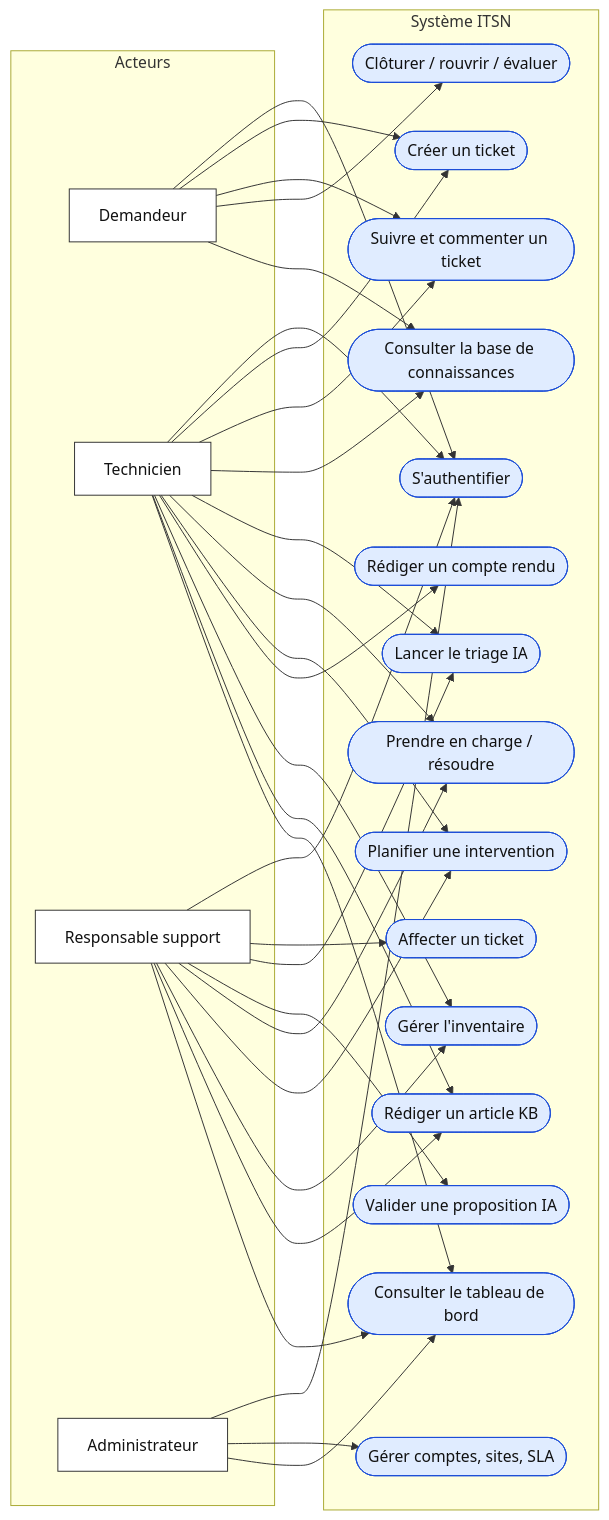
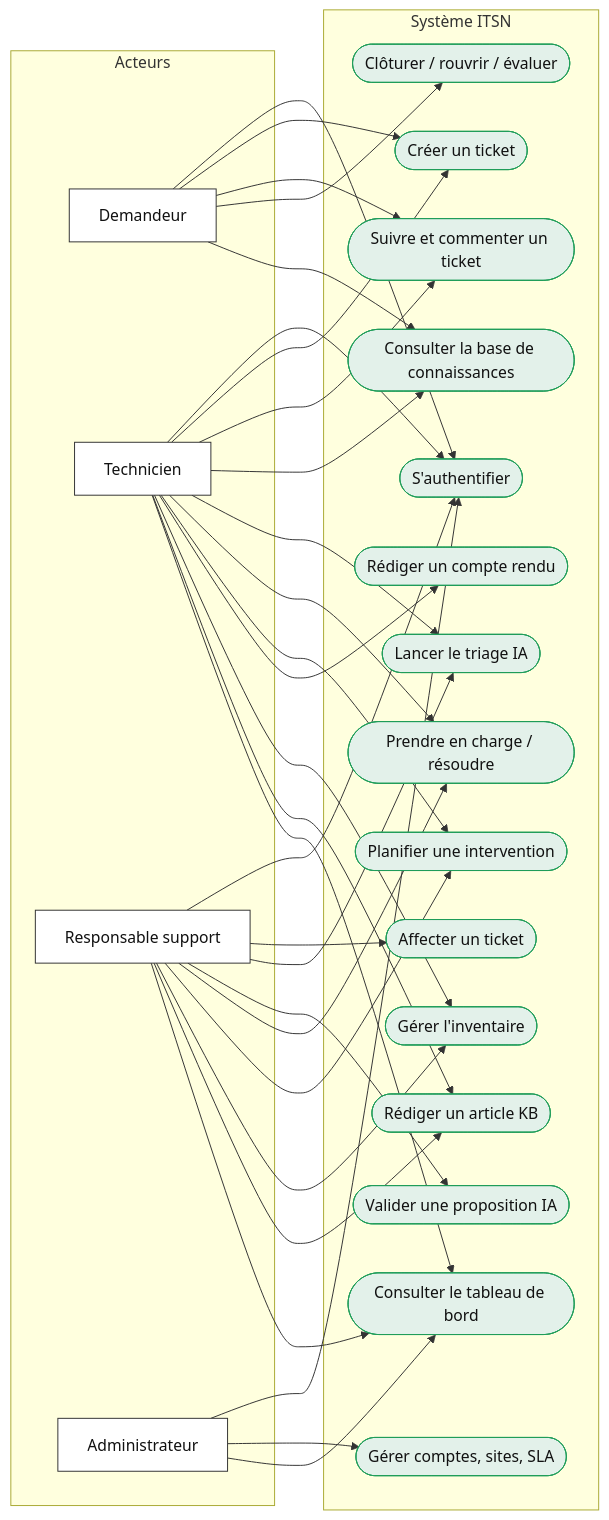
The diagram in docs/diagrams/02-cas-utilisation.mmd (domoufan/itsn), drawn with Mermaid before and after one commit. The commit also changed 23 other files, not shown here.

First line of the commit message:
docs(mémoire): charte graphique ITSN appliquée au document et aux diagrammes ; remerciements (parcours Génie logiciel)

```diff
--- a/docs/diagrams/02-cas-utilisation.mmd
+++ b/docs/diagrams/02-cas-utilisation.mmd
@@ -1,30 +1,30 @@
 flowchart LR
     classDef actor fill:#fff,stroke:#333,color:#111
-    classDef uc fill:#e0ecff,stroke:#1d4ed8,color:#111,rx:30,ry:30
+    classDef uc fill:#E3F1EA,stroke:#1F9D5A,color:#111,rx:30,ry:30
     subgraph Acteurs
         D[Demandeur]:::actor
         T[Technicien]:::actor
         M[Responsable support]:::actor
         A[Administrateur]:::actor
     end
     subgraph "Système ITSN"
         UC1([S'authentifier]):::uc
         UC2([Créer un ticket]):::uc
         UC3([Suivre et commenter un ticket]):::uc
         UC4([Clôturer / rouvrir / évaluer]):::uc
         UC5([Consulter la base de connaissances]):::uc
         UC6([Affecter un ticket]):::uc
         UC7([Lancer le triage IA]):::uc
         UC8([Valider une proposition IA]):::uc
         UC9([Prendre en charge / résoudre]):::uc
         UC10([Planifier une intervention]):::uc
         UC11([Rédiger un compte rendu]):::uc
         UC12([Gérer l'inventaire]):::uc
         UC13([Rédiger un article KB]):::uc
         UC14([Consulter le tableau de bord]):::uc
         UC15([Gérer comptes, sites, SLA]):::uc
     end
     D --> UC1 & UC2 & UC3 & UC4 & UC5
     T --> UC1 & UC2 & UC3 & UC5 & UC7 & UC9 & UC10 & UC11 & UC12 & UC13 & UC14
     M --> UC1 & UC6 & UC7 & UC8 & UC9 & UC10 & UC12 & UC13 & UC14
     A --> UC1 & UC15 & UC14
```
